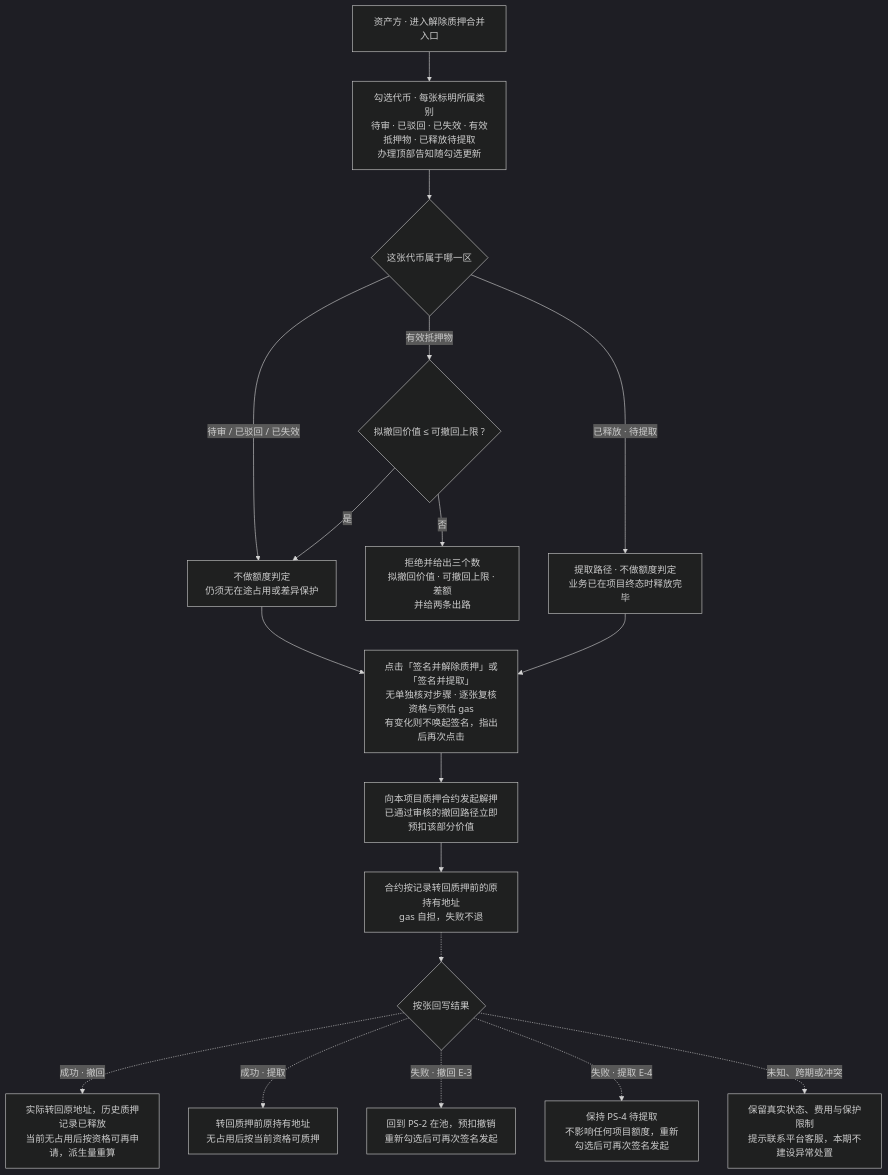
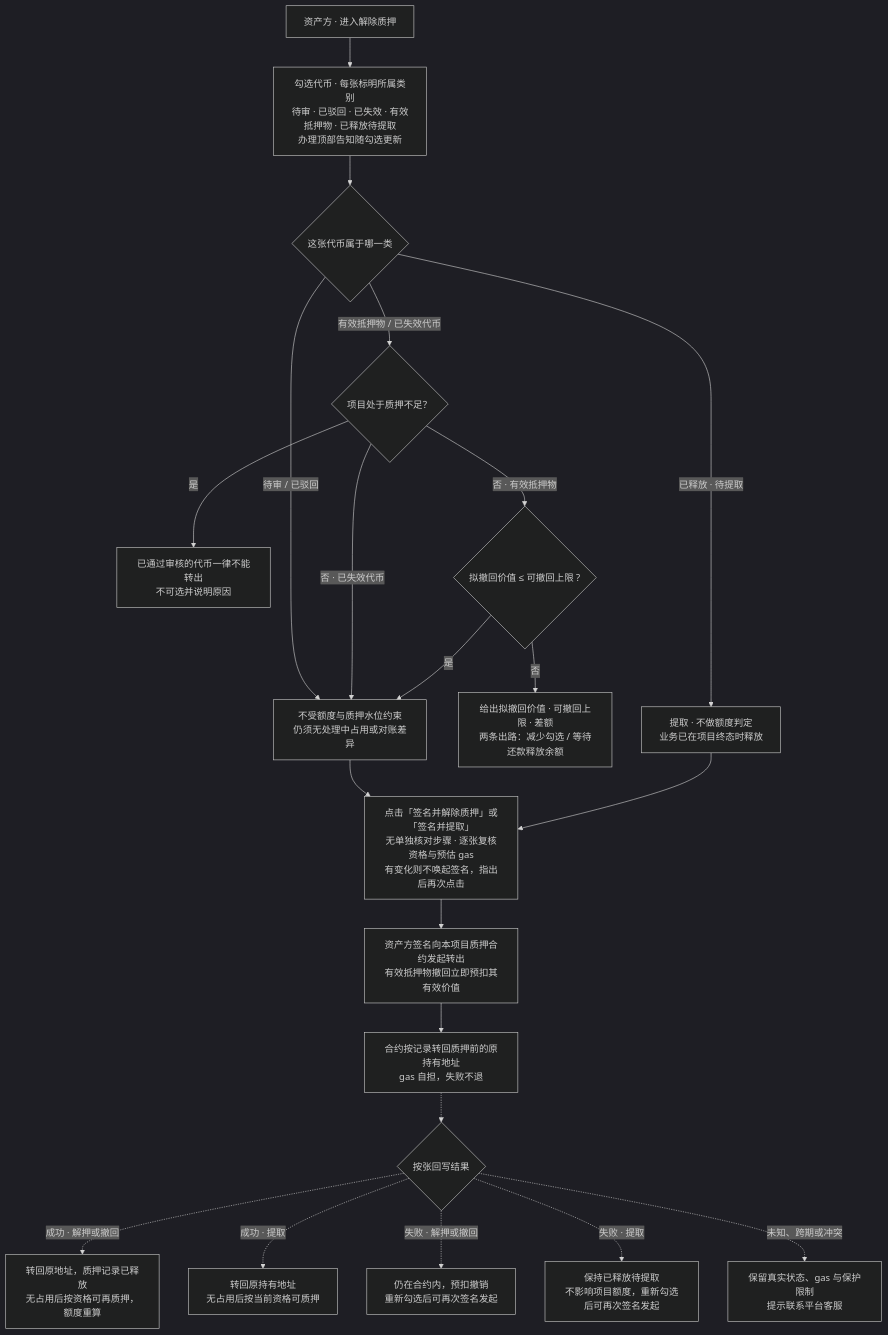
Before and after one commit to wxblockchain/Chain-Financing: the third of 10 diagrams in lending-platform/PRD/面客端/05-借贷广场-融资需求与代币质押/02-融资需求与代币质押-流程图与状态机.md, drawn with Mermaid (dark theme). The commit also changed other lines of this file and 5 other files, not shown here.

````diff
--- a/lending-platform/PRD/面客端/05-借贷广场-融资需求与代币质押/02-融资需求与代币质押-流程图与状态机.md
+++ b/lending-platform/PRD/面客端/05-借贷广场-融资需求与代币质押/02-融资需求与代币质押-流程图与状态机.md
@@ -101,20 +88,23 @@
 ```mermaid
 flowchart TD
-  A["资产方 · 进入解除质押合并入口"] --> B["勾选代币 · 每张标明所属类别<br/>待审 · 已驳回 · 已失效 · 有效抵押物 · 已释放待提取<br/>办理顶部告知随勾选更新"]
-  B --> C{"这张代币属于哪一区"}
-  C -- "待审 / 已驳回 / 已失效" --> D["不做额度判定<br/>仍须无在途占用或差异保护"]
-  C -- "有效抵押物" --> E{"拟撤回价值 ≤ 可撤回上限 ?"}
-  E -- "否" --> F["拒绝并给出三个数<br/>拟撤回价值 · 可撤回上限 · 差额<br/>并给两条出路"]
+  A["资产方 · 进入解除质押"] --> B["勾选代币 · 每张标明所属类别<br/>待审 · 已驳回 · 已失效 · 有效抵押物 · 已释放待提取<br/>办理顶部告知随勾选更新"]
+  B --> C{"这张代币属于哪一类"}
+  C -- "待审 / 已驳回" --> D["不受额度与质押水位约束<br/>仍须无处理中占用或对账差异"]
+  C -- "有效抵押物 / 已失效代币" --> W{"项目处于质押不足？"}
+  W -- "是" --> X["已通过审核的代币一律不能转出<br/>不可选并说明原因"]
+  W -- "否 · 已失效代币" --> D
+  W -- "否 · 有效抵押物" --> E{"拟撤回价值 ≤ 可撤回上限 ?"}
+  E -- "否" --> F["给出拟撤回价值 · 可撤回上限 · 差额<br/>两条出路：减少勾选 / 等待还款释放余额"]
   E -- "是" --> D
-  C -- "已释放 · 待提取" --> G["提取路径 · 不做额度判定<br/>业务已在项目终态时释放完毕"]
+  C -- "已释放 · 待提取" --> G["提取 · 不做额度判定<br/>业务已在项目终态时释放"]
   D --> CONF["点击「签名并解除质押」或「签名并提取」<br/>无单独核对步骤 · 逐张复核资格与预估 gas<br/>有变化则不唤起签名，指出后再次点击"]
-  CONF --> H["向本项目质押合约发起解押<br/>已通过审核的撤回路径立即预扣该部分价值"]
   G --> CONF
+  CONF --> H["资产方签名向本项目质押合约发起转出<br/>有效抵押物撤回立即预扣其有效价值"]
   H --> I["合约按记录转回质押前的原持有地址<br/>gas 自担，失败不退"]
   I -.-> J{"按张回写结果"}
-  J -. "成功 · 撤回" .-> K["实际转回原地址，历史质押记录已释放<br/>当前无占用后按资格可再申请，派生量重算"]
-  J -. "成功 · 提取" .-> L["转回质押前原持有地址<br/>无占用后按当前资格可质押"]
-  J -. "失败 · 撤回 E-3" .-> M["回到 PS-2 在池，预扣撤销<br/>重新勾选后可再次签名发起"]
-  J -. "失败 · 提取 E-4" .-> N["保持 PS-4 待提取<br/>不影响任何项目额度，重新勾选后可再次签名发起"]
-  J -. "未知、跨期或冲突" .-> O["保留真实状态、费用与保护限制<br/>提示联系平台客服，本期不建设异常处置"]
+  J -. "成功 · 解押或撤回" .-> K["转回原地址，质押记录已释放<br/>无占用后按资格可再质押，额度重算"]
+  J -. "成功 · 提取" .-> L["转回原持有地址<br/>无占用后按当前资格可质押"]
+  J -. "失败 · 解押或撤回" .-> M["仍在合约内，预扣撤销<br/>重新勾选后可再次签名发起"]
+  J -. "失败 · 提取" .-> N["保持已释放待提取<br/>不影响项目额度，重新勾选后可再次签名发起"]
+  J -. "未知、跨期或冲突" .-> O["保留真实状态、gas 与保护限制<br/>提示联系平台客服"]
 ```
````
